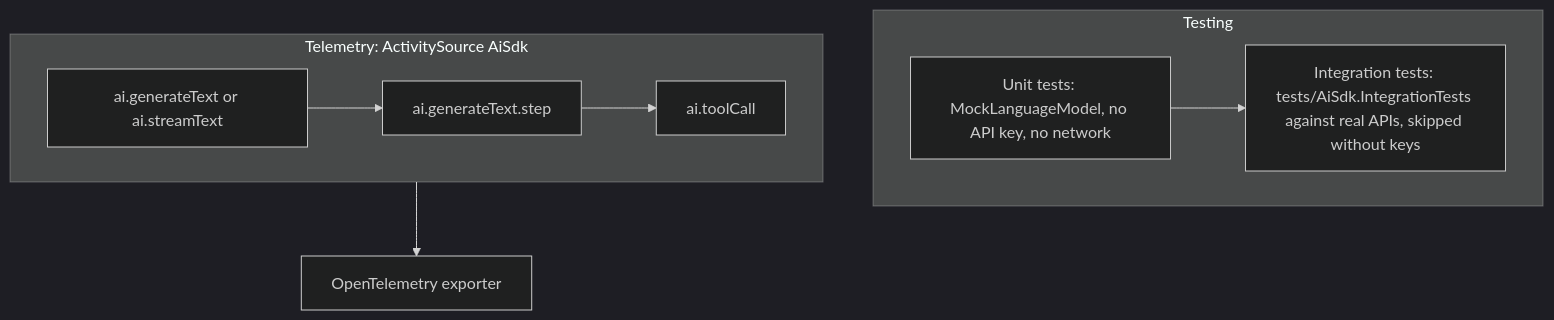
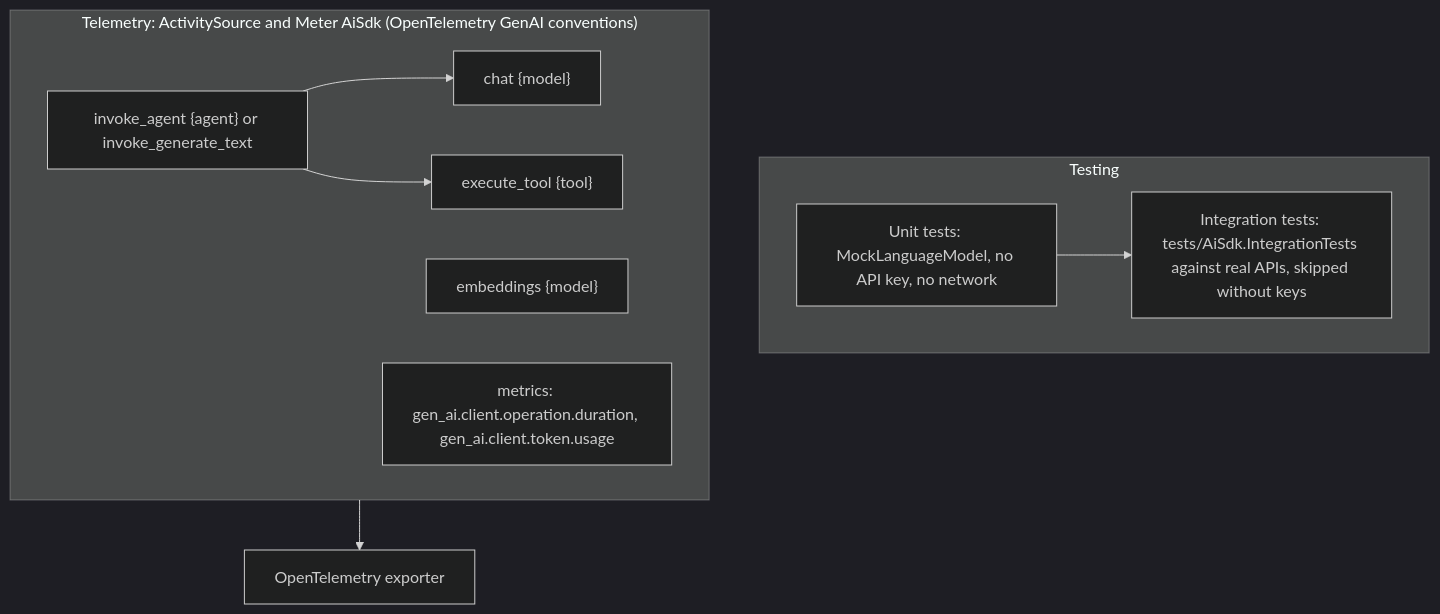
Before and after one commit to bluesmilecl/AiSdk.Net: the diagram in docs/wiki/Testing-and-Telemetry.md, drawn with Mermaid (dark theme). The commit also changed other lines of this file and 16 other files, not shown here.

First line of the commit message:
Telemetría: convenciones semánticas GenAI de OpenTelemetry

````diff
--- a/docs/wiki/Testing-and-Telemetry.md
+++ b/docs/wiki/Testing-and-Telemetry.md
@@ -5,13 +5,15 @@
 ```mermaid
 flowchart TB
     subgraph testing["Testing"]
         U["Unit tests: MockLanguageModel, no API key, no network"]
         I["Integration tests: tests/AiSdk.IntegrationTests against real APIs, skipped without keys"]
         U --> I
     end
-    subgraph telemetry["Telemetry: ActivitySource AiSdk"]
-        G["ai.generateText or ai.streamText"] --> S["ai.generateText.step"]
-        S --> T["ai.toolCall"]
+    subgraph telemetry["Telemetry: ActivitySource and Meter AiSdk (OpenTelemetry GenAI conventions)"]
+        G["invoke_agent {agent} or invoke_generate_text"] --> C["chat {model}"]
+        G --> T["execute_tool {tool}"]
+        E["embeddings {model}"]
+        M["metrics: gen_ai.client.operation.duration, gen_ai.client.token.usage"]
     end
     telemetry --> OT["OpenTelemetry exporter"]
 ```
````
